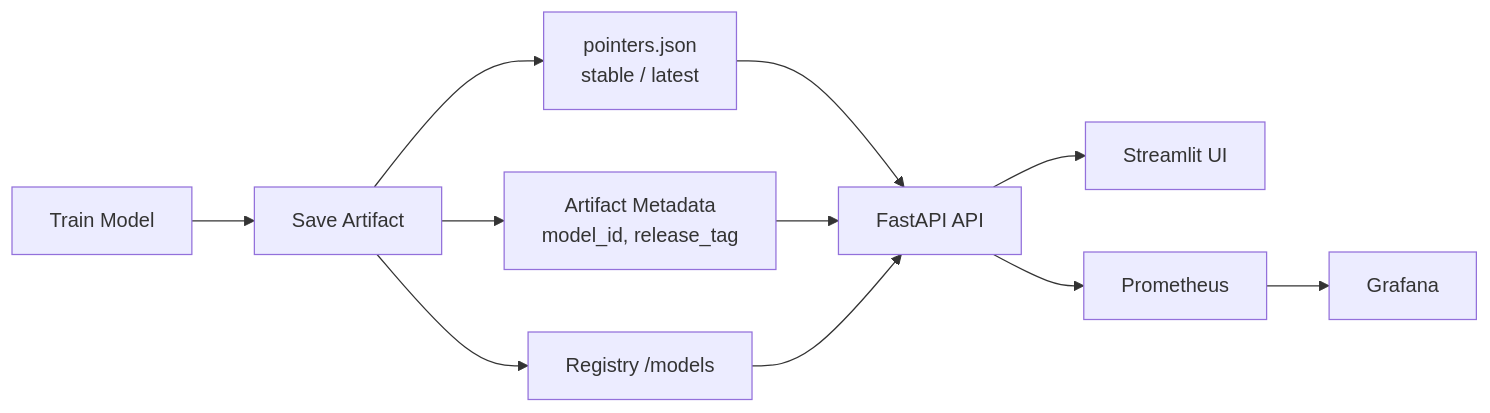
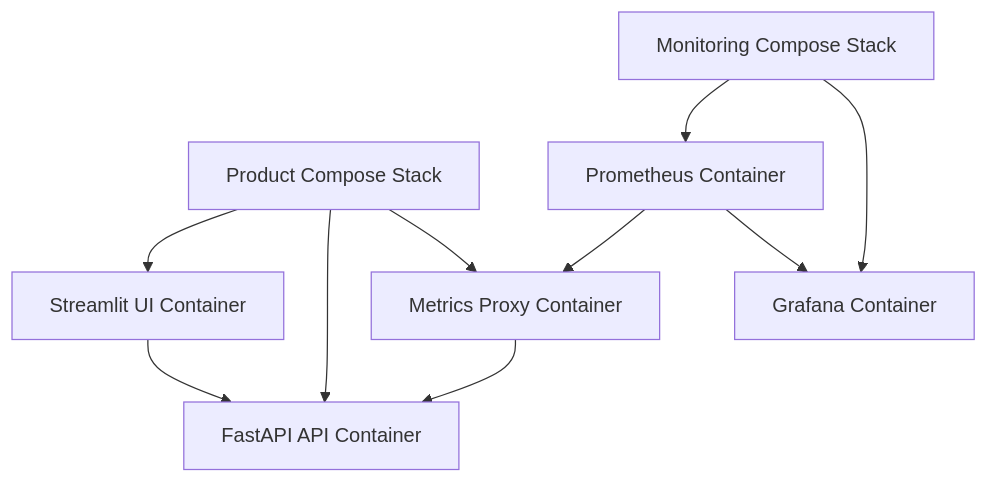
The fourth of 4 diagrams in README.md (sepantakamali/E2EPRAIIP), drawn with Mermaid before and after one commit. The commit also changed other lines of this file, not shown here.

````diff
--- a/README.md
+++ b/README.md
@@ -64,13 +86,14 @@
 ```mermaid
-flowchart LR
-    A[Train Model] --> B[Save Artifact]
-    B --> C[pointers.json\nstable / latest]
-    B --> D[Artifact Metadata\nmodel_id, release_tag]
-    B --> E[Registry /models]
-    C --> F[FastAPI API]
-    D --> F
-    E --> F
-    F --> G[Streamlit UI]
-    F --> H[Prometheus]
-    H --> I[Grafana]
+flowchart TD
+    ProductCompose[Product Compose Stack] --> UI[Streamlit UI Container]
+    ProductCompose --> API[FastAPI API Container]
+    ProductCompose --> Proxy[Metrics Proxy Container]
+
+    MonitorCompose[Monitoring Compose Stack] --> Prometheus[Prometheus Container]
+    MonitorCompose --> Grafana[Grafana Container]
+
+    UI --> API
+    Prometheus --> Proxy
+    Proxy --> API
+    Prometheus --> Grafana
 ```
````
